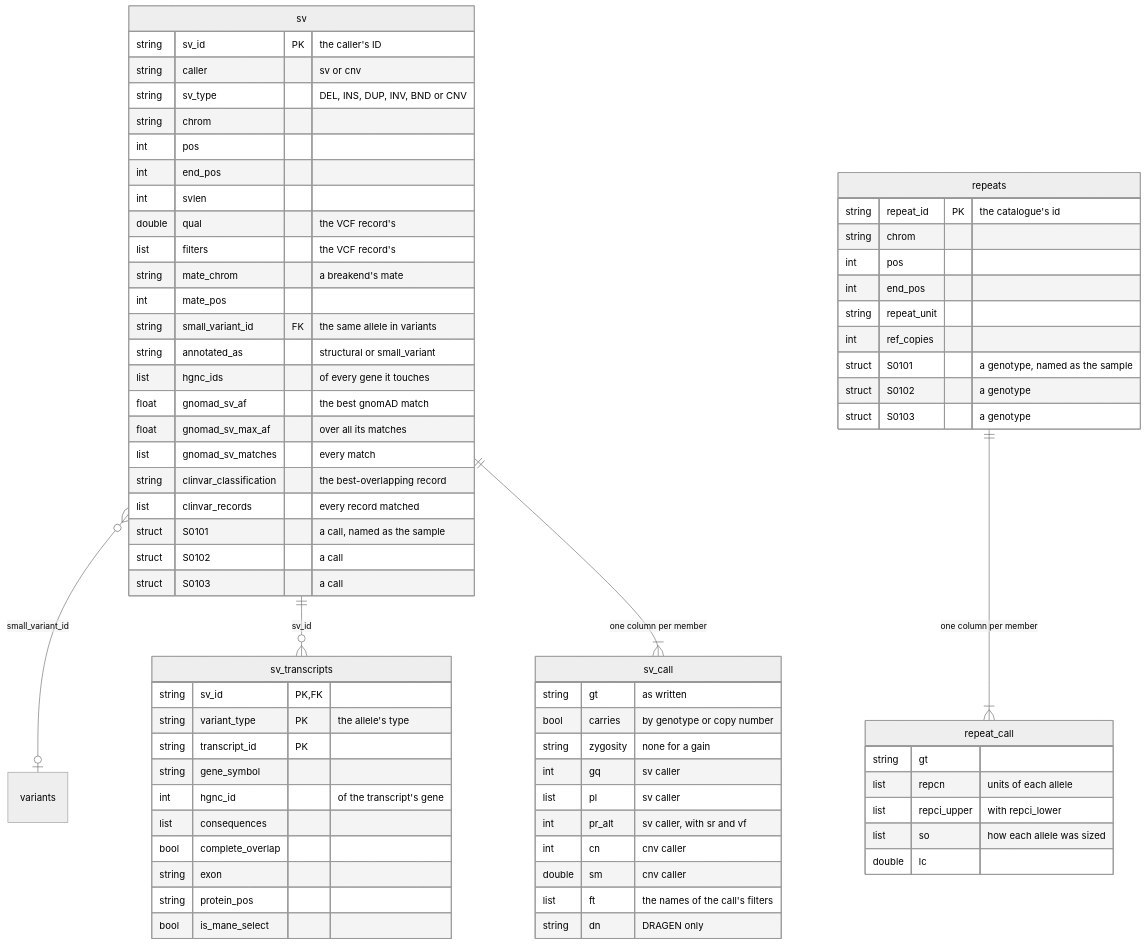
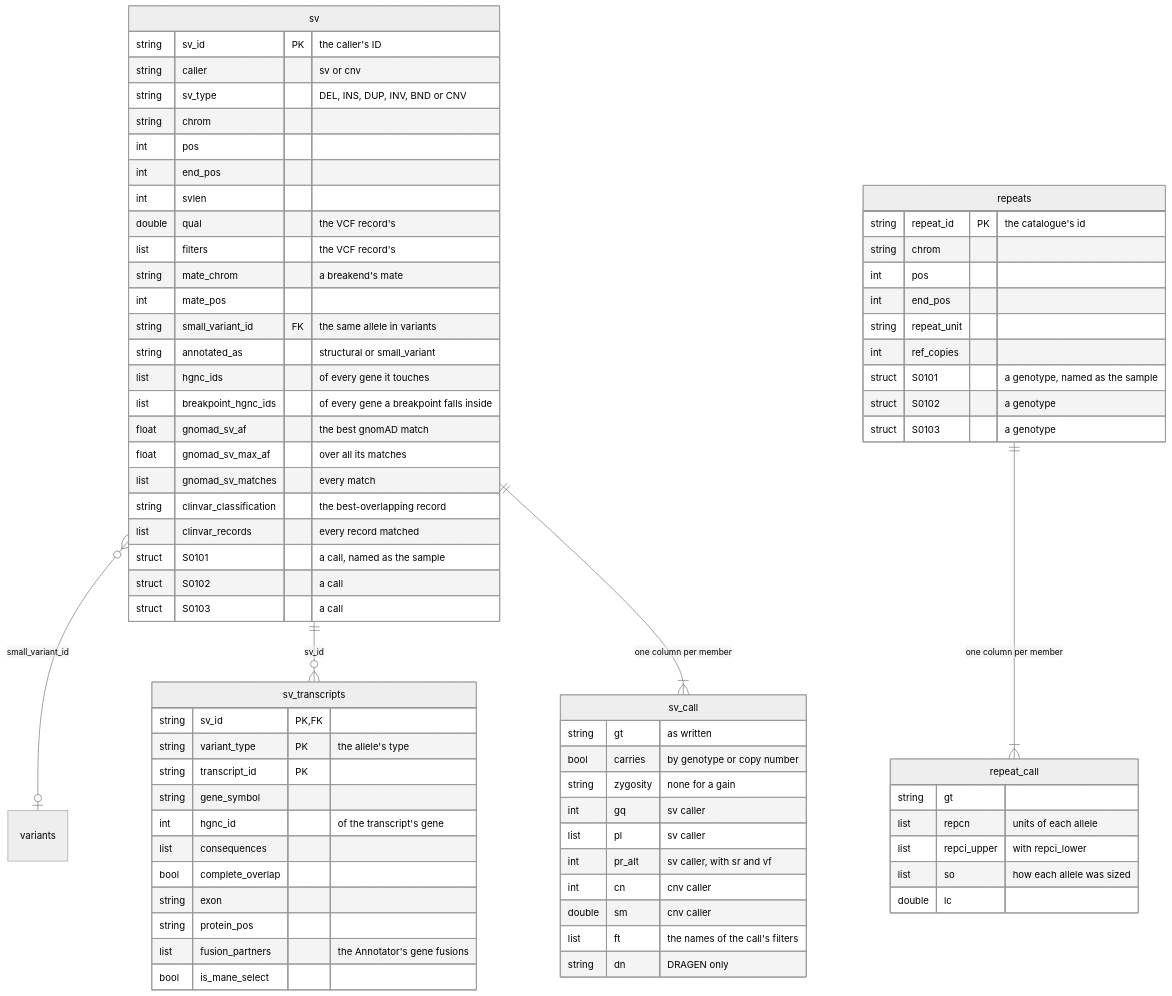
The fourth of 4 diagrams in docs/family-tables.md (populationgenomics/case-annotation-pipeline), drawn with Mermaid (neutral theme) before and after one commit. The commit also changed other lines of this file and 6 other files, not shown here.

First line of the commit message:
Add breakpoint genes and fusion partners to the SV tables (#26)

````diff
--- a/docs/family-tables.md
+++ b/docs/family-tables.md
@@ -447,73 +447,75 @@
 ```mermaid
 erDiagram
     sv }o--o| variants : "small_variant_id"
     sv ||--o{ sv_transcripts : "sv_id"
     sv ||--|{ sv_call : "one column per member"
     repeats ||--|{ repeat_call : "one column per member"
     sv {
         string sv_id PK "the caller's ID"
         string caller "sv or cnv"
         string sv_type "DEL, INS, DUP, INV, BND or CNV"
         string chrom
         int pos
         int end_pos
         int svlen
         double qual "the VCF record's"
         list filters "the VCF record's"
         string mate_chrom "a breakend's mate"
         int mate_pos
         string small_variant_id FK "the same allele in variants"
         string annotated_as "structural or small_variant"
         list hgnc_ids "of every gene it touches"
+        list breakpoint_hgnc_ids "of every gene a breakpoint falls inside"
         float gnomad_sv_af "the best gnomAD match"
         float gnomad_sv_max_af "over all its matches"
         list gnomad_sv_matches "every match"
         string clinvar_classification "the best-overlapping record"
         list clinvar_records "every record matched"
         struct S0101 "a call, named as the sample"
         struct S0102 "a call"
         struct S0103 "a call"
     }
     sv_transcripts {
         string sv_id PK, FK
         string variant_type PK "the allele's type"
         string transcript_id PK
         string gene_symbol
         int hgnc_id "of the transcript's gene"
         list consequences
         bool complete_overlap
         string exon
         string protein_pos
+        list fusion_partners "the Annotator's gene fusions"
         bool is_mane_select
     }
     sv_call {
         string gt "as written"
         bool carries "by genotype or copy number"
         string zygosity "none for a gain"
         int gq "sv caller"
         list pl "sv caller"
         int pr_alt "sv caller, with sr and vf"
         int cn "cnv caller"
         double sm "cnv caller"
         list ft "the names of the call's filters"
         string dn "DRAGEN only"
     }
     repeats {
         string repeat_id PK "the catalogue's id"
         string chrom
         int pos
         int end_pos
         string repeat_unit
         int ref_copies
         struct S0101 "a genotype, named as the sample"
         struct S0102 "a genotype"
         struct S0103 "a genotype"
     }
     repeat_call {
         string gt
         list repcn "units of each allele"
         list repci_upper "with repci_lower"
         list so "how each allele was sized"
         double lc
     }
 ```
````
